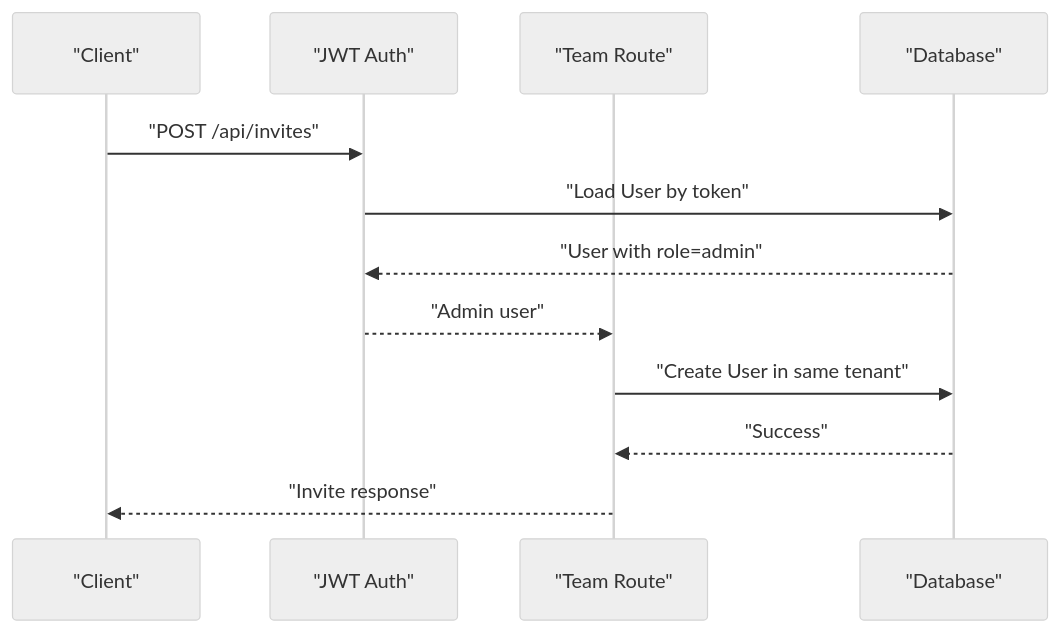
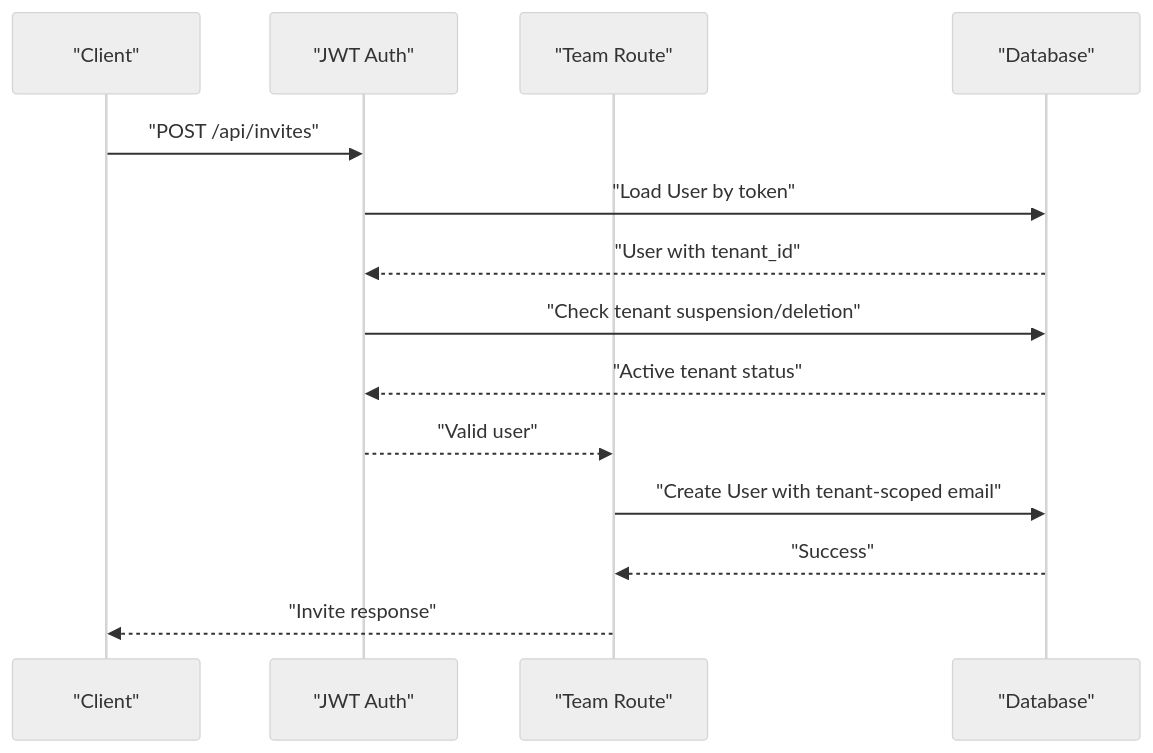
The fifth of 10 diagrams in .qoder/repowiki/en/content/Database Design/Multi-Tenant Architecture.md (Revanththetalogics/aireume), drawn with Mermaid (neutral theme) before and after one commit. The commit also changed other lines of this file and 13 other files, not shown here.

````diff
--- a/.qoder/repowiki/en/content/Database Design/Multi-Tenant Architecture.md
+++ b/.qoder/repowiki/en/content/Database Design/Multi-Tenant Architecture.md
@@ -226,14 +261,16 @@
 ```mermaid
 sequenceDiagram
 participant Client as "Client"
 participant Auth as "JWT Auth"
 participant Team as "Team Route"
 participant DB as "Database"
 Client->>Auth : "POST /api/invites"
 Auth->>DB : "Load User by token"
-DB-->>Auth : "User with role=admin"
-Auth-->>Team : "Admin user"
-Team->>DB : "Create User in same tenant"
+DB-->>Auth : "User with tenant_id"
+Auth->>DB : "Check tenant suspension/deletion"
+DB-->>Auth : "Active tenant status"
+Auth-->>Team : "Valid user"
+Team->>DB : "Create User with tenant-scoped email"
 DB-->>Team : "Success"
 Team-->>Client : "Invite response"
 ```
````
